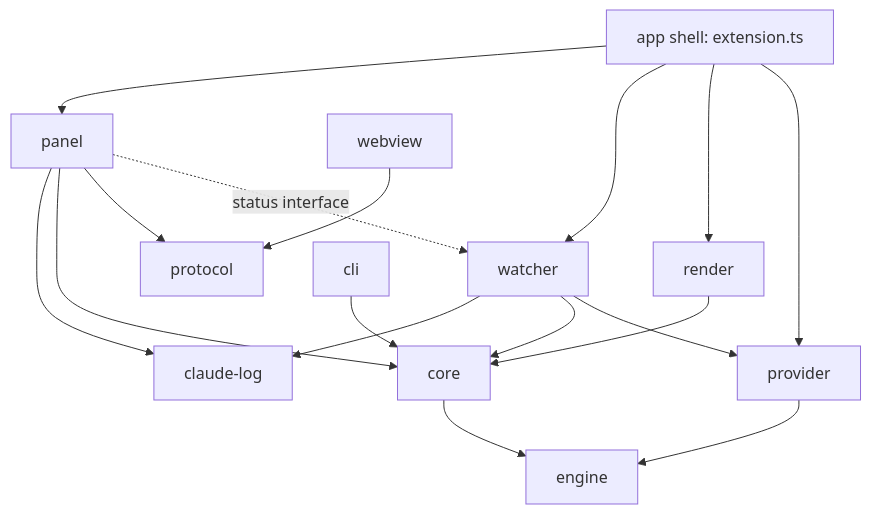
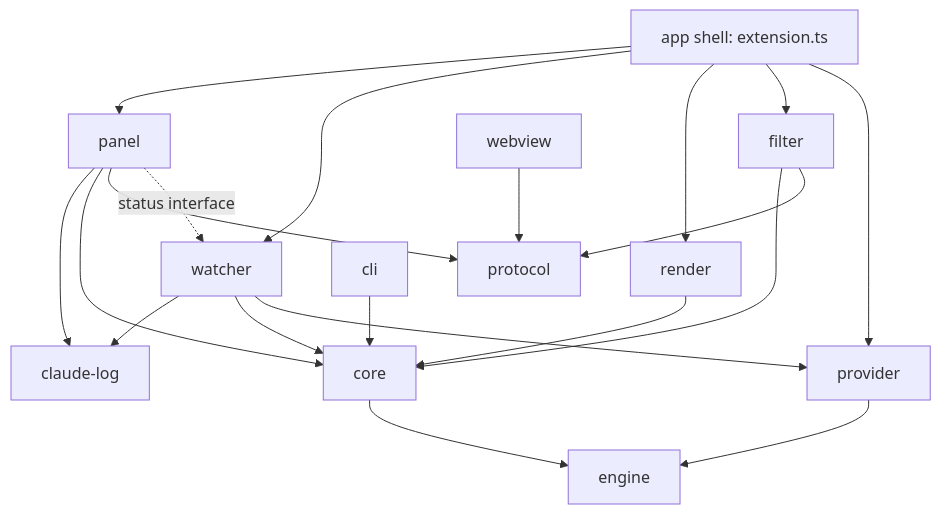
Before and after one commit to hola-manan/decision-ledger: the diagram in docs/architecture/modules.md, drawn with Mermaid. The commit also changed other lines of this file and 28 other files, not shown here.

````diff
--- a/docs/architecture/modules.md
+++ b/docs/architecture/modules.md
@@ -32,19 +33,22 @@
 ```mermaid
 flowchart TD
   ext[app shell: extension.ts] --> panel
   ext --> watcher
   ext --> render
+  ext --> filter
+  filter --> core
+  filter --> protocol
   ext --> provider
   panel --> claudelog[claude-log]
   panel --> core
   panel --> protocol
   panel -. status interface .-> watcher
   watcher --> claudelog
   watcher --> core
   watcher --> provider
   render --> core
   cli --> core
   core --> engine
   provider --> engine
   webview --> protocol
 ```
````
